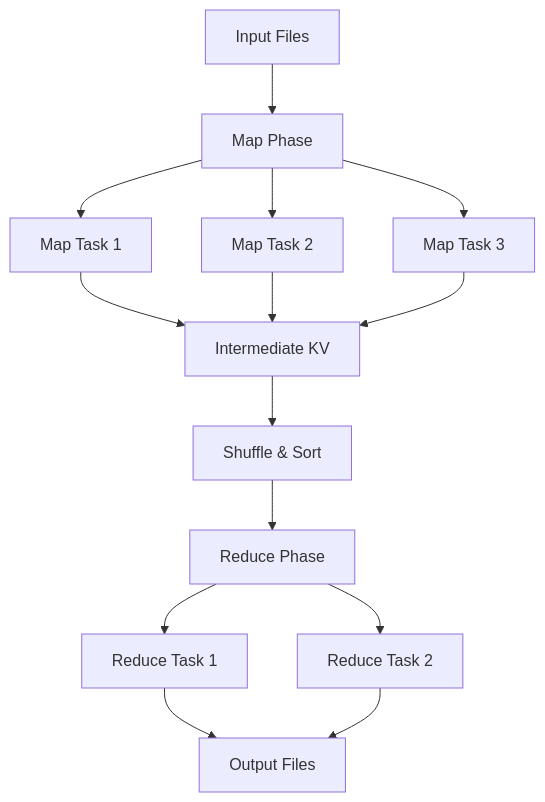
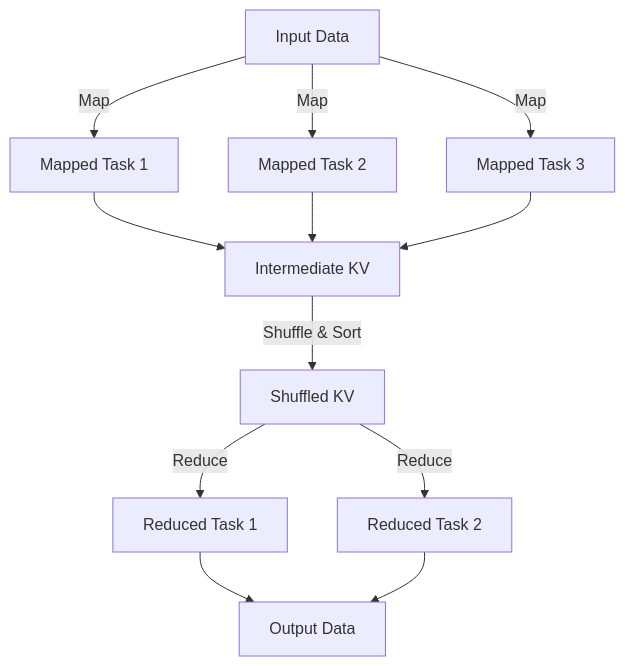
Before and after one commit to oadultradeepfield/minimapreduce: the diagram in README.md, drawn with Mermaid. The commit also changed other lines of this file, not shown here.

Commit message:
chore: improve readme

````diff
--- a/README.md
+++ b/README.md
@@ -53,16 +52,15 @@
 ```mermaid
 graph TB
-    A[Input Files] --> B[Map Phase]
-    B --> C1[Map Task 1]
-    B --> C2[Map Task 2]
-    B --> C3[Map Task 3]
-    C1 --> D[Intermediate KV]
-    C2 --> D
-    C3 --> D
-    D --> E[Shuffle & Sort]
-    E --> F[Reduce Phase]
-    F --> G1[Reduce Task 1]
-    F --> G2[Reduce Task 2]
-    G1 --> H[Output Files]
-    G2 --> H
+    A[Input Data]
+    A -- Map --> B1[Mapped Task 1]
+    A -- Map --> B2[Mapped Task 2]
+    A -- Map --> B3[Mapped Task 3]
+    B1 --> D[Intermediate KV]
+    B2 --> D
+    B3 --> D
+    D -- Shuffle & Sort --> E[Shuffled KV]
+    E -- Reduce --> F1[Reduced Task 1]
+    E -- Reduce --> F2[Reduced Task 2]
+    F1 --> G[Output Data]
+    F2 --> G
 ```
````
